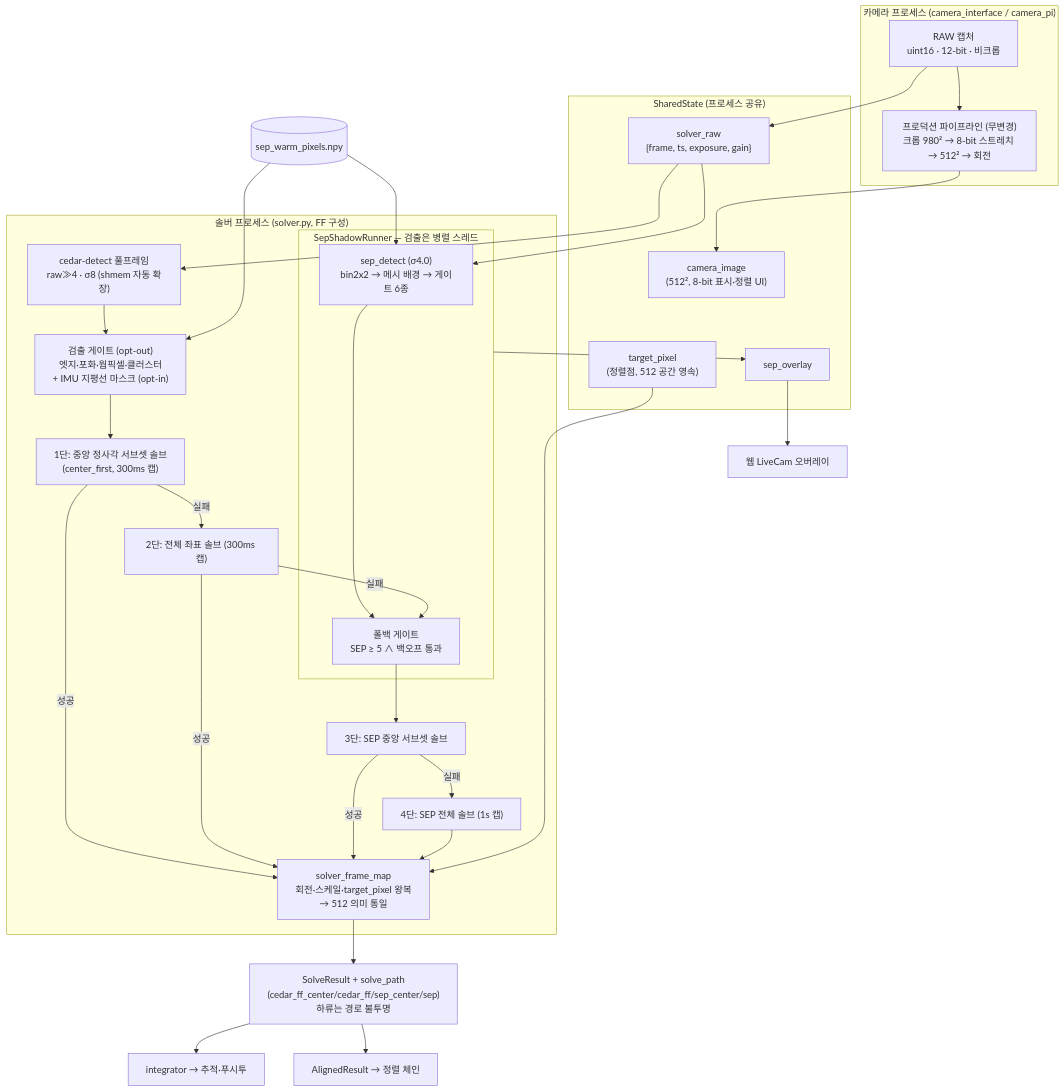
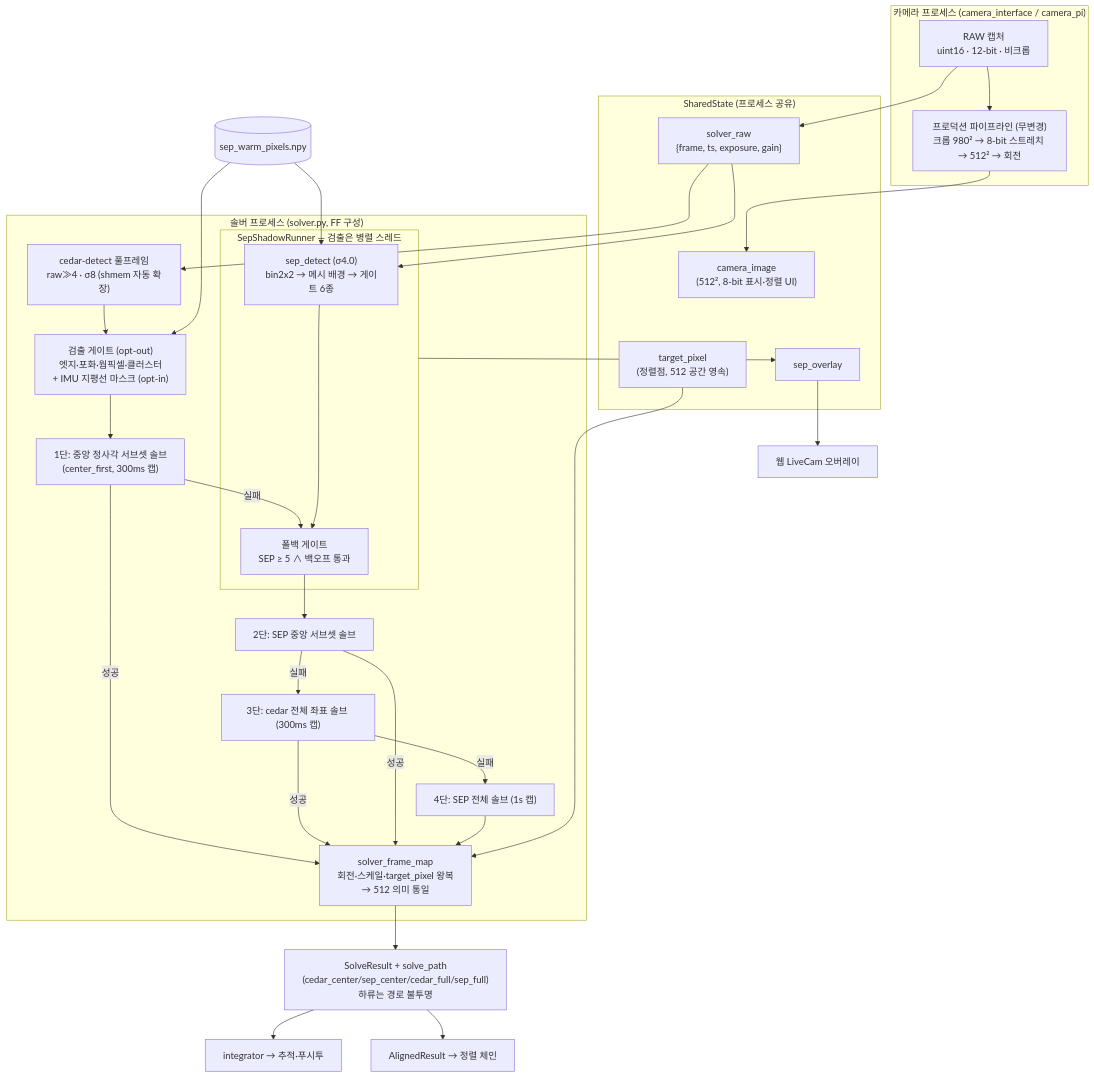
The diagram in docs/mf_dev/mf_cedar_sep_hybrid_design_ko.md (hjoungjoo/MF_PiFinder), drawn with Mermaid before and after one commit. The commit also changed other lines of this file and 12 other files, not shown here.

````diff
--- a/docs/mf_dev/mf_cedar_sep_hybrid_design_ko.md
+++ b/docs/mf_dev/mf_cedar_sep_hybrid_design_ko.md
@@ -56,44 +57,43 @@
 ```mermaid
 flowchart TB
     subgraph camproc["카메라 프로세스 (camera_interface / camera_pi)"]
         raw["RAW 캡처<br/>uint16 · 12-bit · 비크롭"]
         prod["프로덕션 파이프라인 (무변경)<br/>크롭 980² → 8-bit 스트레치 → 512² → 회전"]
     end
     subgraph shared["SharedState (프로세스 공유)"]
         ci["camera_image<br/>(512², 8-bit 표시·정렬 UI)"]
         sr["solver_raw<br/>{frame, ts, exposure, gain}"]
         tp["target_pixel<br/>(정렬점, 512 공간 영속)"]
         ov["sep_overlay"]
     end
     subgraph solver["솔버 프로세스 (solver.py, FF 구성)"]
         ced["cedar-detect 풀프레임<br/>raw≫4 · σ8 (shmem 자동 확장)"]
         gates["검출 게이트 (opt-out)<br/>엣지·포화·웜픽셀·클러스터<br/>+ IMU 지평선 마스크 (opt-in)"]
         c1["1단: 중앙 정사각 서브셋 솔브<br/>(center_first, 300ms 캡)"]
-        c2["2단: 전체 좌표 솔브 (300ms 캡)"]
+        c2["3단: cedar 전체 좌표 솔브 (300ms 캡)"]
         subgraph runner["SepShadowRunner — 검출은 병렬 스레드"]
             det["sep_detect (σ4.0)<br/>bin2x2 → 메시 배경 → 게이트 6종"]
             gate["폴백 게이트<br/>SEP ≥ 5 ∧ 백오프 통과"]
         end
-        s3["3단: SEP 중앙 서브셋 솔브"]
+        s3["2단: SEP 중앙 서브셋 솔브"]
         s4["4단: SEP 전체 솔브 (1s 캡)"]
         map["solver_frame_map<br/>회전·스케일·target_pixel 왕복<br/>→ 512 의미 통일"]
     end
     wpm[("sep_warm_pixels.npy")]
     raw --> prod --> ci
     raw --> sr
-    sr --> ced --> gates --> c1 -->|실패| c2
+    sr --> ced --> gates --> c1 -->|실패| gate
     sr --> det
     wpm --> gates
     wpm --> det
-    det --> gate
-    c2 -->|실패| gate --> s3 -->|실패| s4
+    det --> gate --> s3 -->|실패| c2 -->|실패| s4
     c1 -->|성공| map
     c2 -->|성공| map
     s3 -->|성공| map
     s4 --> map
     tp --> map
-    map --> res["SolveResult + solve_path<br/>(cedar_ff_center/cedar_ff/sep_center/sep)<br/>하류는 경로 불투명"]
+    map --> res["SolveResult + solve_path<br/>(cedar_center/sep_center/cedar_full/sep_full)<br/>하류는 경로 불투명"]
     res --> integ["integrator → 추적·푸시투"]
     res --> align["AlignedResult → 정렬 체인"]
     runner --> ov --> web["웹 LiveCam 오버레이"]
 ```
````
